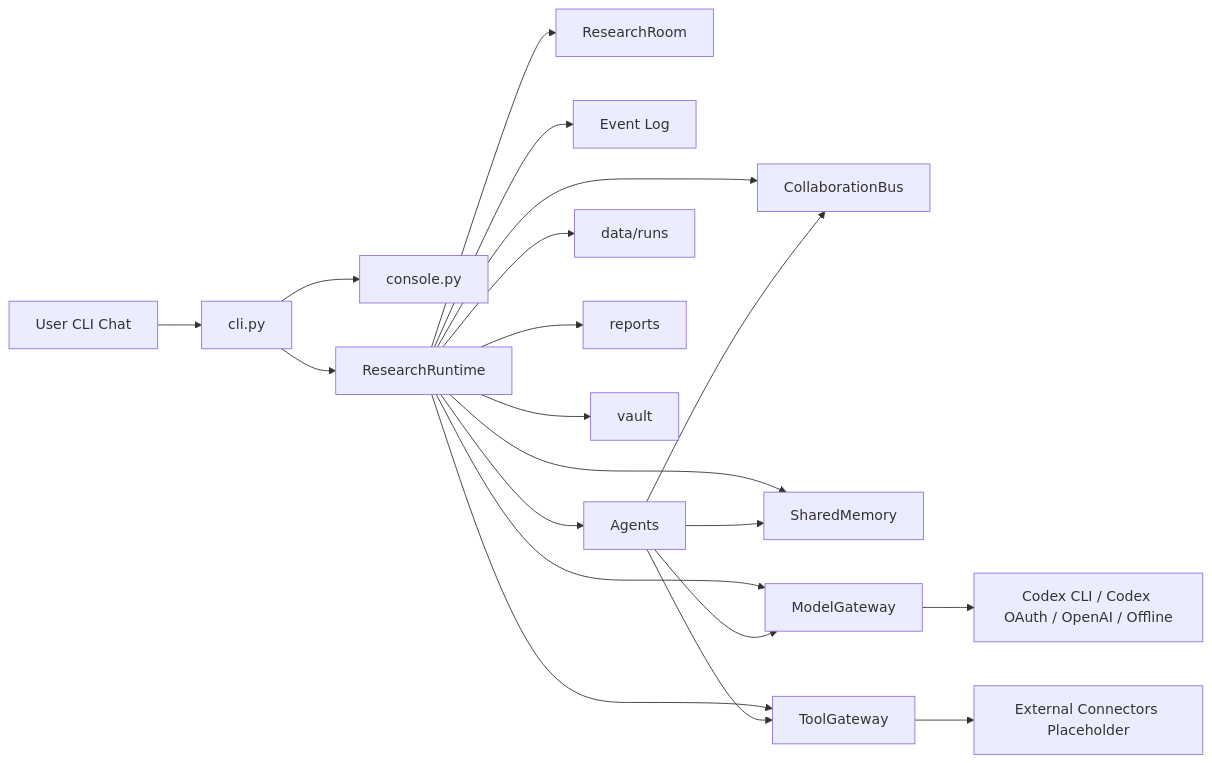
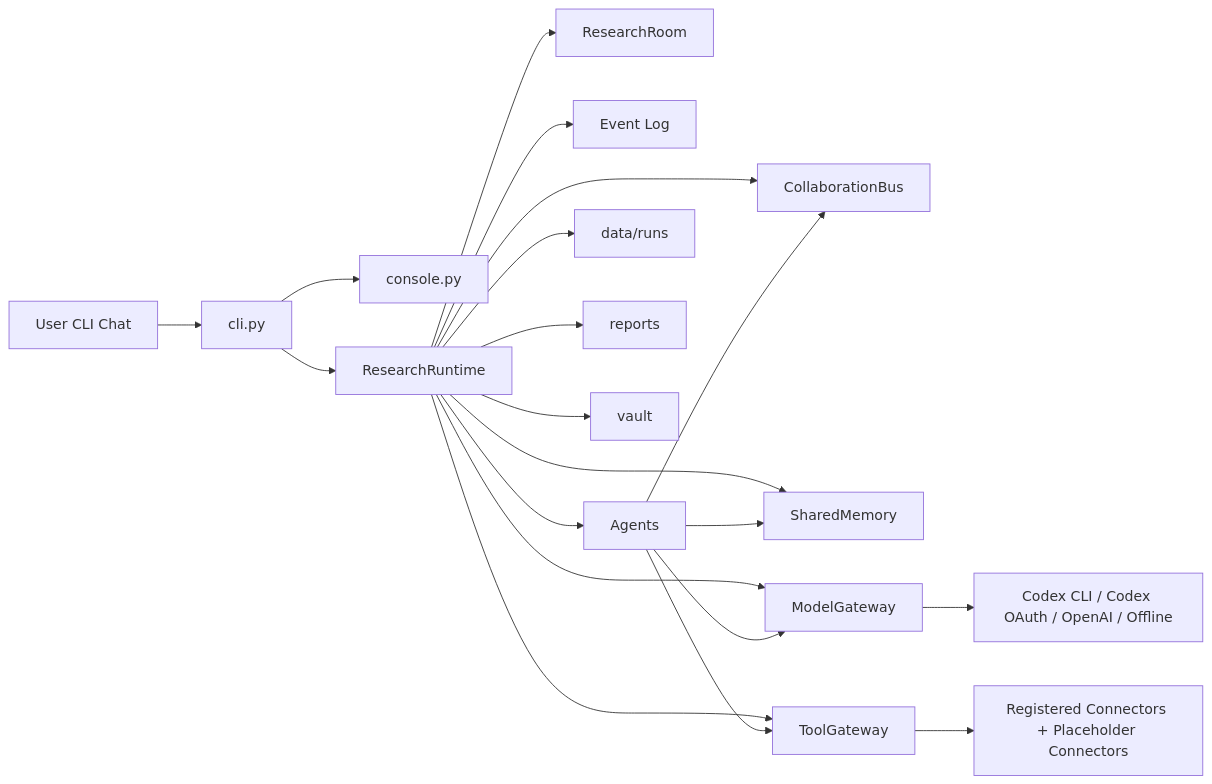
Before and after one commit to Musashi-great/jimmoria: the diagram in docs/jimmoria-project-structure.md, drawn with Mermaid. The commit also changed other lines of this file and 15 other files, not shown here.

````diff
--- a/docs/jimmoria-project-structure.md
+++ b/docs/jimmoria-project-structure.md
@@ -94,26 +95,26 @@
 ```mermaid
 flowchart LR
     User[User CLI Chat] --> CLI[cli.py]
     CLI --> Console[console.py]
     CLI --> Runtime[ResearchRuntime]
 
     Runtime --> Room[ResearchRoom]
     Runtime --> Bus[CollaborationBus]
     Runtime --> Memory[SharedMemory]
     Runtime --> Model[ModelGateway]
     Runtime --> Tools[ToolGateway]
     Runtime --> Events[Event Log]
 
     Model --> Provider[Codex CLI / Codex OAuth / OpenAI / Offline]
-    Tools --> External[External Connectors Placeholder]
+    Tools --> External[Registered Connectors + Placeholder Connectors]
 
     Runtime --> Agents[Agents]
     Agents --> Bus
     Agents --> Memory
     Agents --> Model
     Agents --> Tools
 
     Runtime --> Runs[data/runs]
     Runtime --> Reports[reports]
     Runtime --> Vault[vault]
 ```
````
